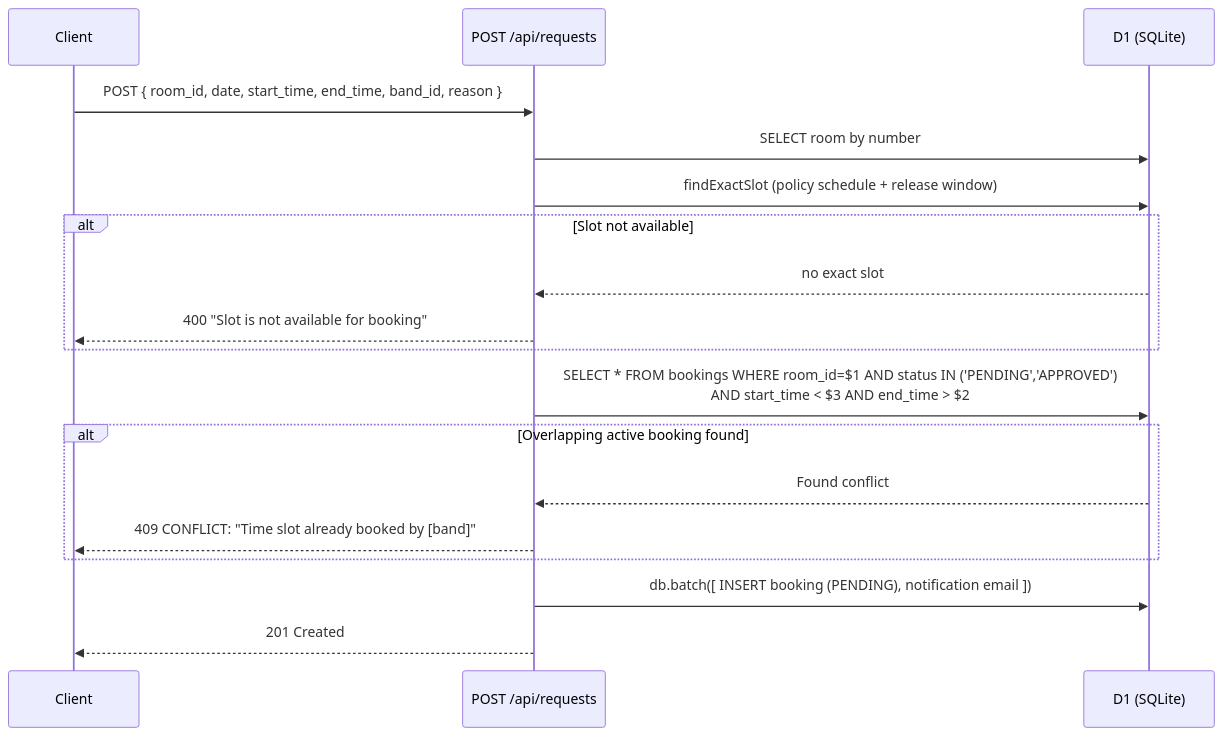
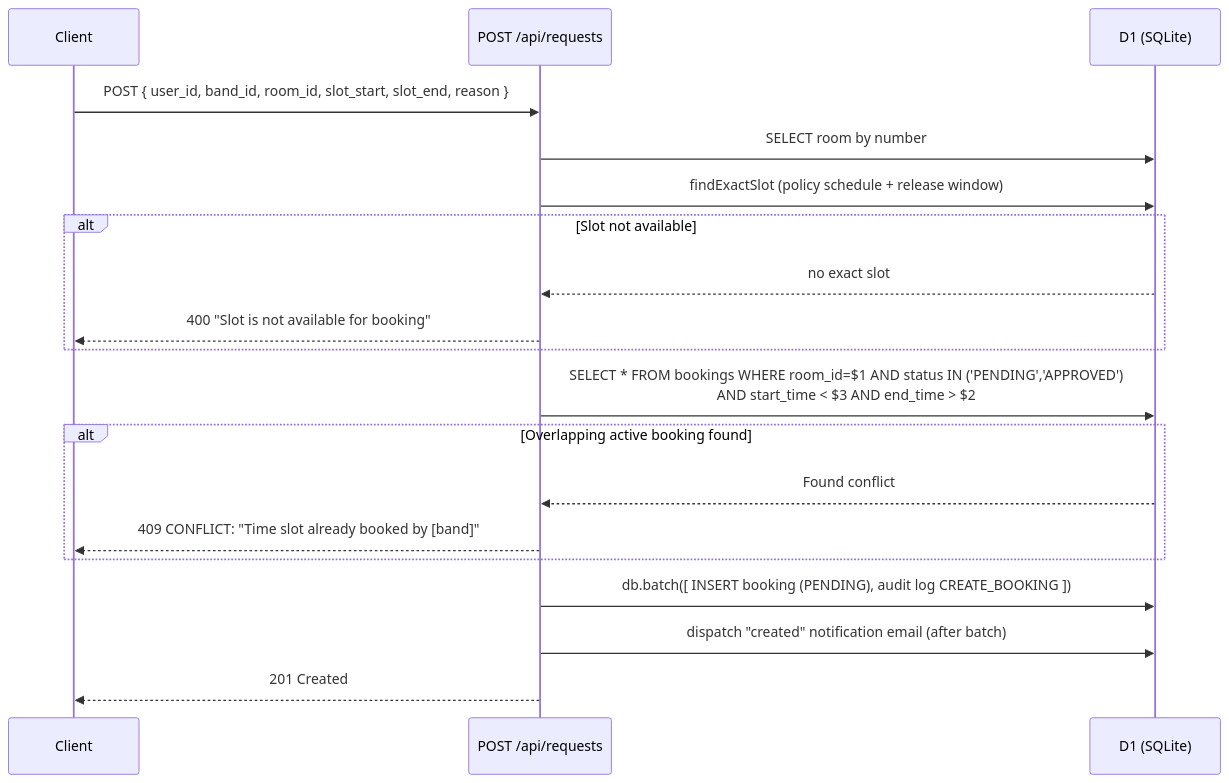
One commit to Aarxn-Jibz/music-room-management-system changed the second of 2 diagrams in ARCHITECTURE.md. Above: the diagram before and after it, drawn with Mermaid. The commit also changed other lines of this file, not shown here.

Commit message:
docs: align ARCHITECTURE with current code (schema, auth, API routes, components, flows, scripts)

````diff
--- a/ARCHITECTURE.md
+++ b/ARCHITECTURE.md
@@ -609,21 +643,22 @@
 ```mermaid
 sequenceDiagram
     participant Client
     participant API as POST /api/requests
     participant DB as D1 (SQLite)
 
-    Client->>API: POST { room_id, date, start_time, end_time, band_id, reason }
+    Client->>API: POST { user_id, band_id, room_id, slot_start, slot_end, reason }
     API->>DB: SELECT room by number
     API->>DB: findExactSlot (policy schedule + release window)
     alt Slot not available
         DB-->>API: no exact slot
         API-->>Client: 400 "Slot is not available for booking"
     end
     API->>DB: SELECT * FROM bookings WHERE room_id=$1 AND status IN ('PENDING','APPROVED')<br/>AND start_time < $3 AND end_time > $2
     alt Overlapping active booking found
         DB-->>API: Found conflict
         API-->>Client: 409 CONFLICT: "Time slot already booked by [band]"
     end
-    API->>DB: db.batch([ INSERT booking (PENDING), notification email ])
+    API->>DB: db.batch([ INSERT booking (PENDING), audit log CREATE_BOOKING ])
+    API->>DB: dispatch "created" notification email (after batch)
     API-->>Client: 201 Created
 ```
````
